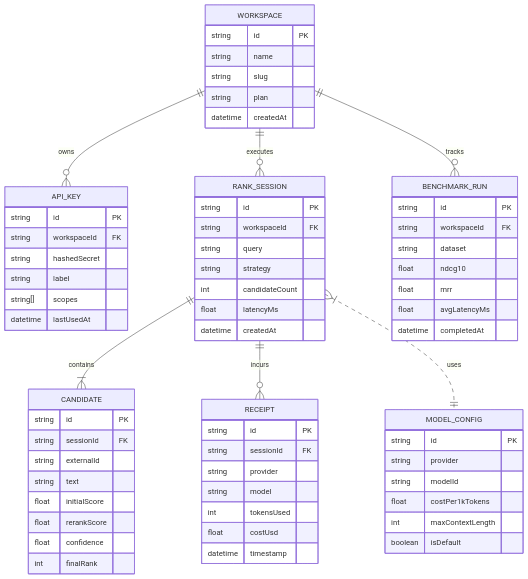
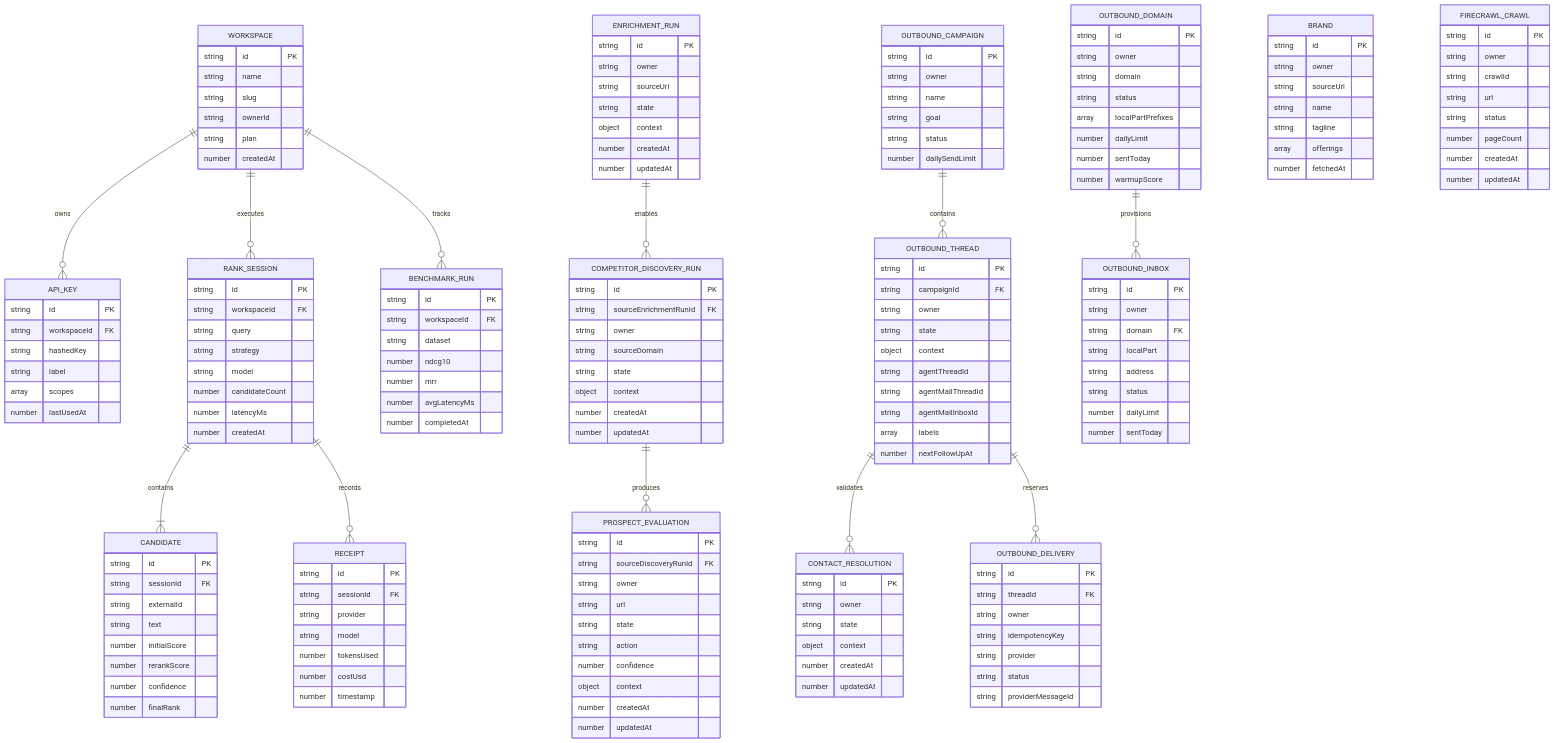
Before and after one commit to matthewdonsemail-lab/rank: the diagram in docs/diagrams/data-model-erd.mmd, drawn with Mermaid. The commit also changed 112 other files, not shown here.

Commit message:
feat: add stateful outbound and contact resolution workflows

```diff
--- a/docs/diagrams/data-model-erd.mmd
+++ b/docs/diagrams/data-model-erd.mmd
@@ -1,75 +1,191 @@
 erDiagram
   WORKSPACE ||--o{ API_KEY : owns
   WORKSPACE ||--o{ RANK_SESSION : executes
   WORKSPACE ||--o{ BENCHMARK_RUN : tracks
+  RANK_SESSION ||--|{ CANDIDATE : contains
+  RANK_SESSION ||--o{ RECEIPT : records
 
-  RANK_SESSION ||--|{ CANDIDATE : contains
-  RANK_SESSION ||--o{ RECEIPT : incurs
-  RANK_SESSION }|..|| MODEL_CONFIG : uses
+  ENRICHMENT_RUN ||--o{ COMPETITOR_DISCOVERY_RUN : enables
+  COMPETITOR_DISCOVERY_RUN ||--o{ PROSPECT_EVALUATION : produces
+  OUTBOUND_THREAD ||--o{ CONTACT_RESOLUTION : validates
+  OUTBOUND_DOMAIN ||--o{ OUTBOUND_INBOX : provisions
+  OUTBOUND_CAMPAIGN ||--o{ OUTBOUND_THREAD : contains
+  OUTBOUND_THREAD ||--o{ OUTBOUND_DELIVERY : reserves
 
   WORKSPACE {
     string id PK
     string name
     string slug
+    string ownerId
     string plan
-    datetime createdAt
+    number createdAt
   }
 
   API_KEY {
     string id PK
     string workspaceId FK
-    string hashedSecret
+    string hashedKey
     string label
-    string[] scopes
-    datetime lastUsedAt
+    array scopes
+    number lastUsedAt
   }
 
   RANK_SESSION {
     string id PK
     string workspaceId FK
     string query
     string strategy
-    int candidateCount
-    float latencyMs
-    datetime createdAt
+    string model
+    number candidateCount
+    number latencyMs
+    number createdAt
   }
 
   CANDIDATE {
     string id PK
     string sessionId FK
     string externalId
     string text
-    float initialScore
-    float rerankScore
-    float confidence
-    int finalRank
+    number initialScore
+    number rerankScore
+    number confidence
+    number finalRank
   }
 
   RECEIPT {
     string id PK
     string sessionId FK
     string provider
     string model
-    int tokensUsed
-    float costUsd
-    datetime timestamp
-  }
-
-  MODEL_CONFIG {
-    string id PK
-    string provider
-    string modelId
-    float costPer1kTokens
-    int maxContextLength
-    boolean isDefault
+    number tokensUsed
+    number costUsd
+    number timestamp
   }
 
   BENCHMARK_RUN {
     string id PK
     string workspaceId FK
     string dataset
-    float ndcg10
-    float mrr
-    float avgLatencyMs
-    datetime completedAt
+    number ndcg10
+    number mrr
+    number avgLatencyMs
+    number completedAt
   }
+
+  BRAND {
+    string id PK
+    string owner
+    string sourceUrl
+    string name
+    string tagline
+    array offerings
+    number fetchedAt
+  }
+
+  FIRECRAWL_CRAWL {
+    string id PK
+    string owner
+    string crawlId
+    string url
+    string status
+    number pageCount
+    number createdAt
+    number updatedAt
+  }
+
+  ENRICHMENT_RUN {
+    string id PK
+    string owner
+    string sourceUrl
+    string state
+    object context
+    number createdAt
+    number updatedAt
+  }
+
+  COMPETITOR_DISCOVERY_RUN {
+    string id PK
+    string sourceEnrichmentRunId FK
+    string owner
+    string sourceDomain
+    string state
+    object context
+    number createdAt
+    number updatedAt
+  }
+
+   PROSPECT_EVALUATION {
+     string id PK
+     string sourceDiscoveryRunId FK
+     string owner
+     string url
+     string state
+     string action
+     number confidence
+     object context
+     number createdAt
+     number updatedAt
+   }
+
+   CONTACT_RESOLUTION {
+     string id PK
+     string owner
+     string state
+     object context
+     number createdAt
+     number updatedAt
+   }
+
+   OUTBOUND_DOMAIN {
+     string id PK
+     string owner
+     string domain
+     string status
+     array localPartPrefixes
+     number dailyLimit
+     number sentToday
+     number warmupScore
+   }
+
+   OUTBOUND_INBOX {
+     string id PK
+     string owner
+     string domain FK
+     string localPart
+     string address
+     string status
+     number dailyLimit
+     number sentToday
+   }
+
+   OUTBOUND_CAMPAIGN {
+     string id PK
+     string owner
+     string name
+     string goal
+     string status
+     number dailySendLimit
+   }
+
+   OUTBOUND_THREAD {
+     string id PK
+     string campaignId FK
+     string owner
+     string state
+     object context
+     string agentThreadId
+     string agentMailThreadId
+     string agentMailInboxId
+     array labels
+     number nextFollowUpAt
+   }
+
+   OUTBOUND_DELIVERY {
+     string id PK
+     string threadId FK
+     string owner
+     string idempotencyKey
+     string provider
+     string status
+     string providerMessageId
+   }
```
